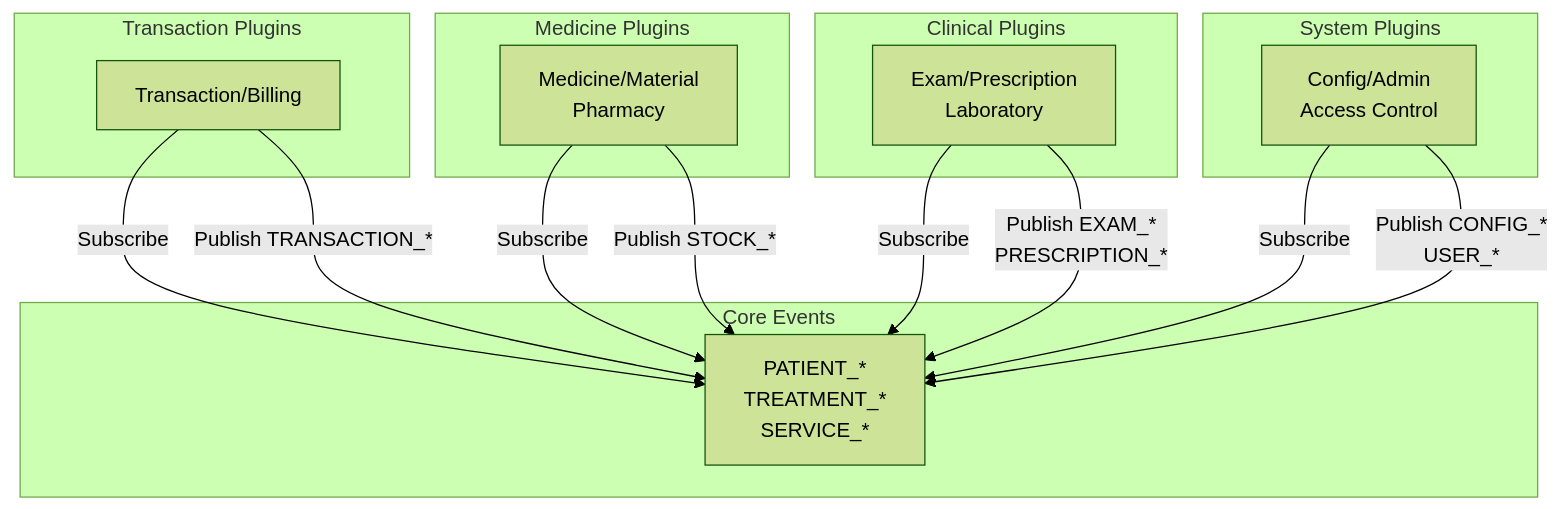
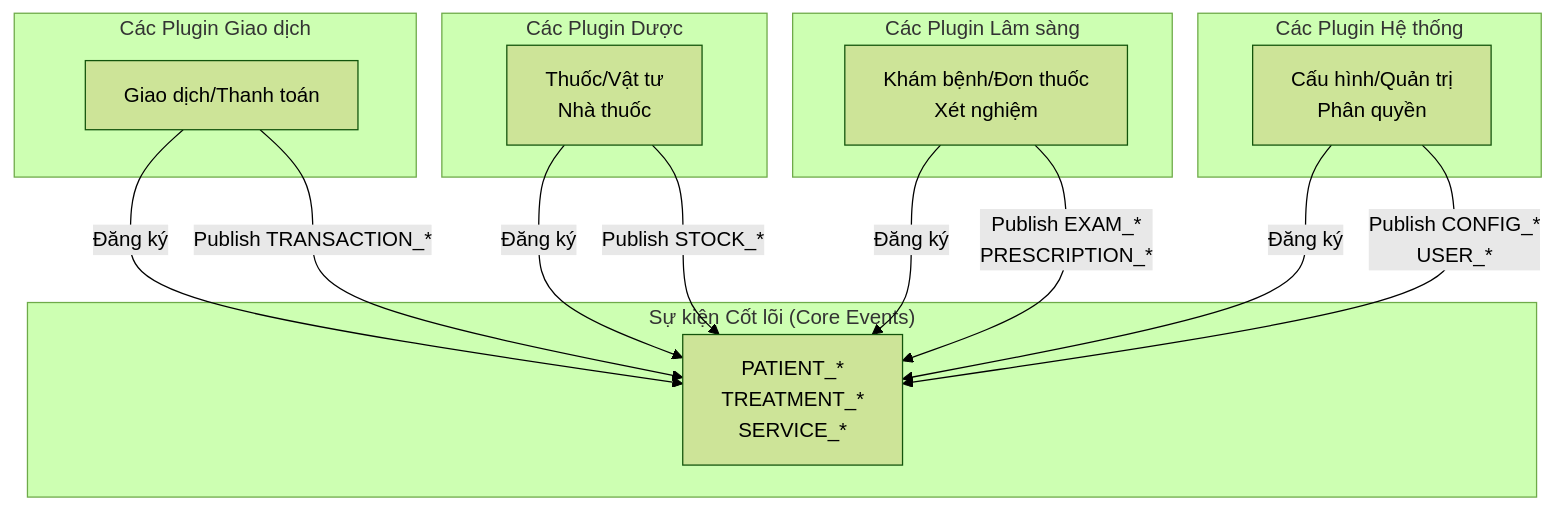
The ninth of 32 diagrams in docs/his-ba-documentation/04-integrations/notifications-events.md (thangpnb/HIS), drawn with Mermaid (forest theme) before and after one commit. The commit also changed other lines of this file and 30 other files, not shown here.

Commit message:
Refactor architecture docs and update translations

````diff
--- a/docs/his-ba-documentation/04-integrations/notifications-events.md
+++ b/docs/his-ba-documentation/04-integrations/notifications-events.md
@@ -601,34 +601,34 @@
 ```mermaid
 graph TB
-    subgraph "Core Events"
+    subgraph "Sự kiện Cốt lõi (Core Events)"
         CE["PATIENT_*<br/>TREATMENT_*<br/>SERVICE_*"]
     end
     
-    subgraph "Transaction Plugins"
-        Trans["Transaction/Billing"]
+    subgraph "Các Plugin Giao dịch"
+        Trans["Giao dịch/Thanh toán"]
     end
     
-    subgraph "Medicine Plugins"
-        Med["Medicine/Material<br/>Pharmacy"]
+    subgraph "Các Plugin Dược"
+        Med["Thuốc/Vật tư<br/>Nhà thuốc"]
     end
     
-    subgraph "Clinical Plugins"
-        Clin["Exam/Prescription<br/>Laboratory"]
+    subgraph "Các Plugin Lâm sàng"
+        Clin["Khám bệnh/Đơn thuốc<br/>Xét nghiệm"]
     end
     
-    subgraph "System Plugins"
-        Sys["Config/Admin<br/>Access Control"]
+    subgraph "Các Plugin Hệ thống"
+        Sys["Cấu hình/Quản trị<br/>Phân quyền"]
     end
     
-    Trans -->|"Subscribe"| CE
+    Trans -->|"Đăng ký"| CE
     Trans -->|"Publish TRANSACTION_*"| CE
     
-    Med -->|"Subscribe"| CE
+    Med -->|"Đăng ký"| CE
     Med -->|"Publish STOCK_*"| CE
     
-    Clin -->|"Subscribe"| CE
+    Clin -->|"Đăng ký"| CE
     Clin -->|"Publish EXAM_*<br/>PRESCRIPTION_*"| CE
     
-    Sys -->|"Subscribe"| CE
+    Sys -->|"Đăng ký"| CE
     Sys -->|"Publish CONFIG_*<br/>USER_*"| CE
 ```
````
